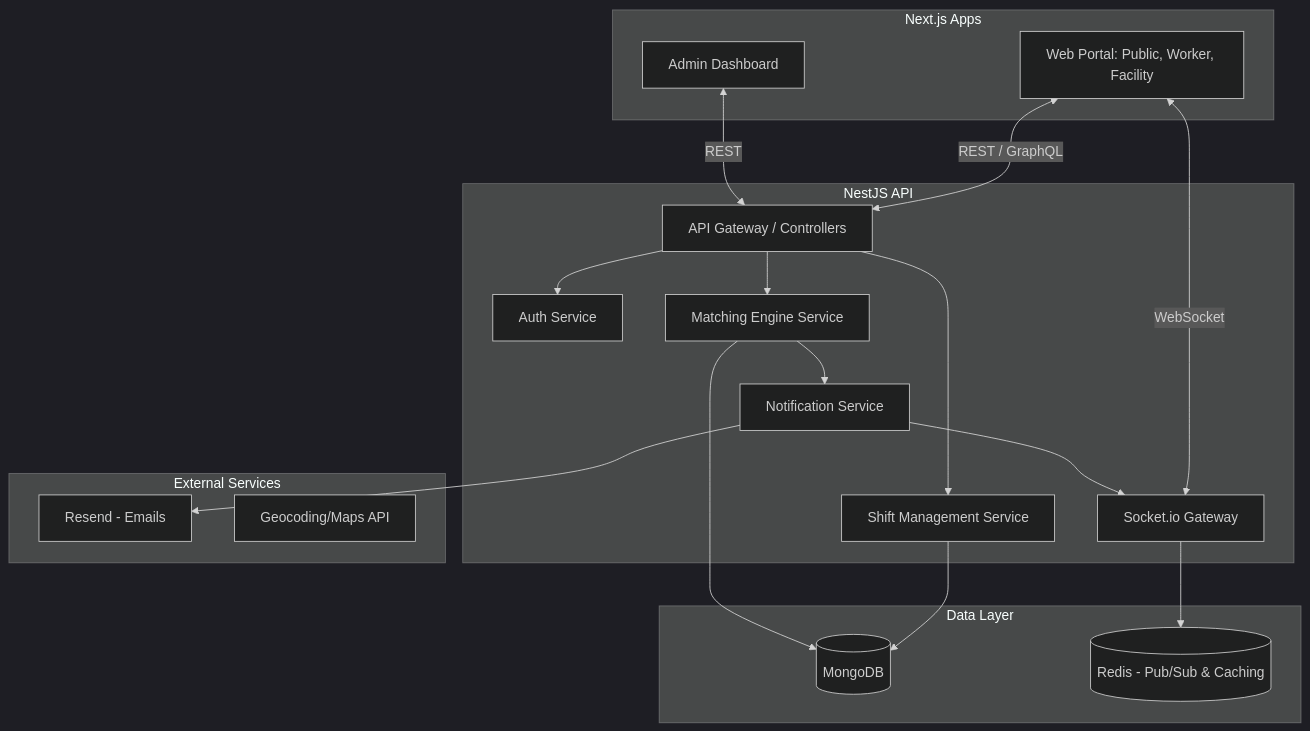
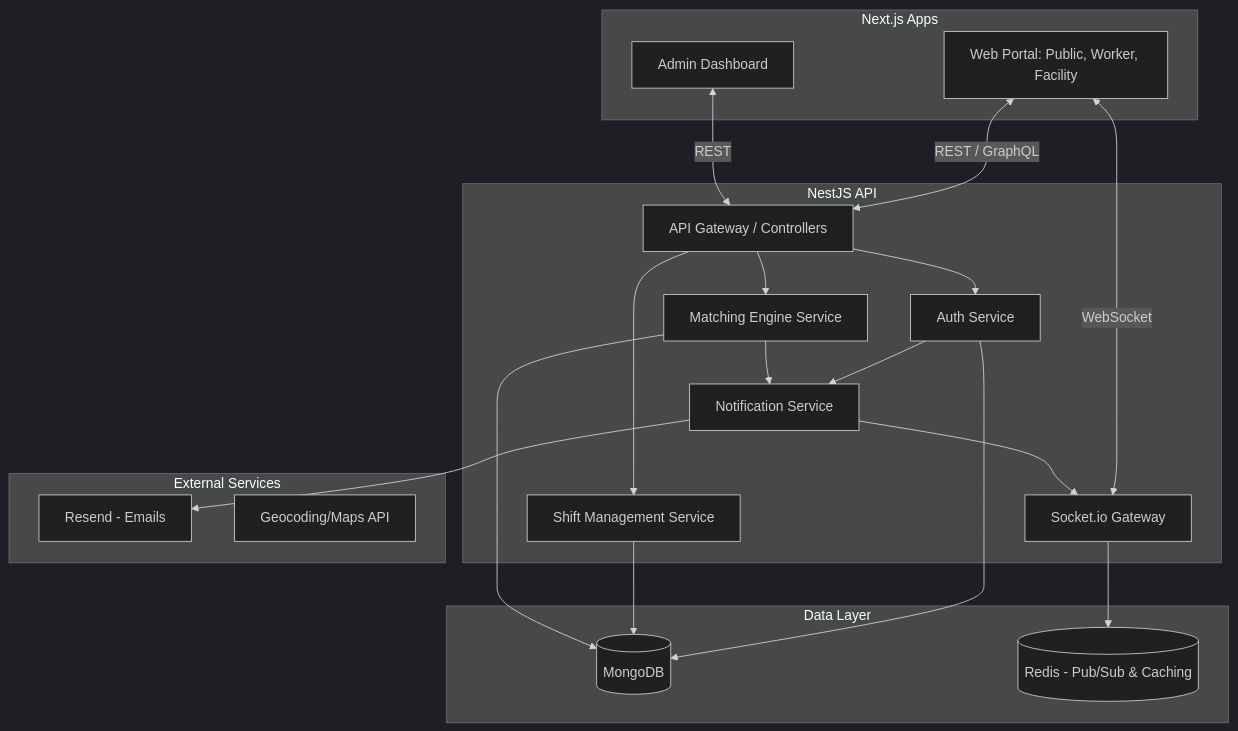
The diagram in docs/system_architecture.md (ogarpee/MedshiftAPI), drawn with Mermaid (dark theme) before and after one commit. The commit also changed other lines of this file and 27 other files, not shown here.

````diff
--- a/docs/system_architecture.md
+++ b/docs/system_architecture.md
@@ -9,42 +9,44 @@
 ```mermaid
 graph TD
     subgraph Frontends [Next.js Apps]
         Web[Web Portal: Public, Worker, Facility]
         Admin[Admin Dashboard]
     end
 
     subgraph Backend [NestJS API]
         API_GW[API Gateway / Controllers]
         Auth[Auth Service]
         Shift[Shift Management Service]
         Match[Matching Engine Service]
         Notify[Notification Service]
         WebSocket[Socket.io Gateway]
     end
 
     subgraph Data Layer
         DB[(MongoDB)]
         Redis[(Redis - Pub/Sub & Caching)]
     end
 
     subgraph External Services
         Resend[Resend - Emails]
         Maps[Geocoding/Maps API]
     end
 
     Web <-->|REST / GraphQL| API_GW
     Web <-->|WebSocket| WebSocket
     Admin <-->|REST| API_GW
 
     API_GW --> Auth
     API_GW --> Shift
     API_GW --> Match
     
+    Auth --> DB
+    Auth --> Notify
     Shift --> DB
     Match --> DB
     Match --> Notify
     
     WebSocket --> Redis
     Notify --> Resend
     Notify --> WebSocket
 ```
````
